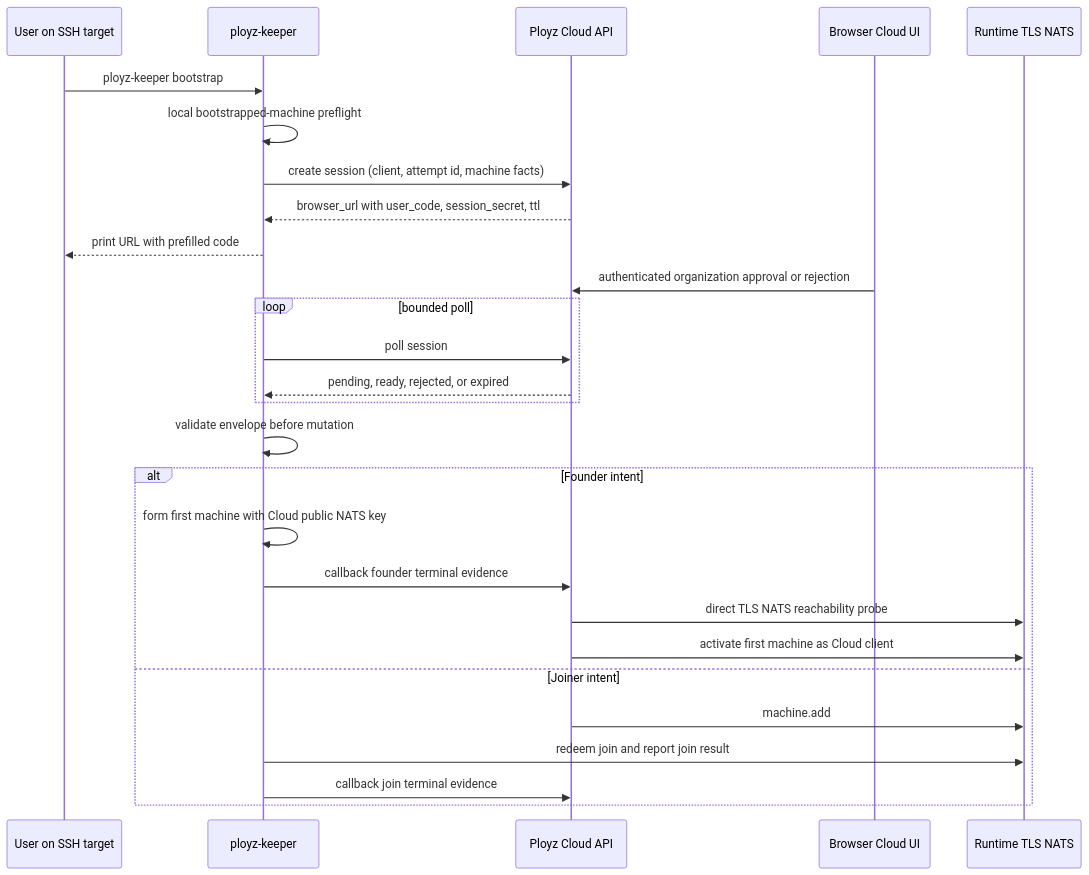
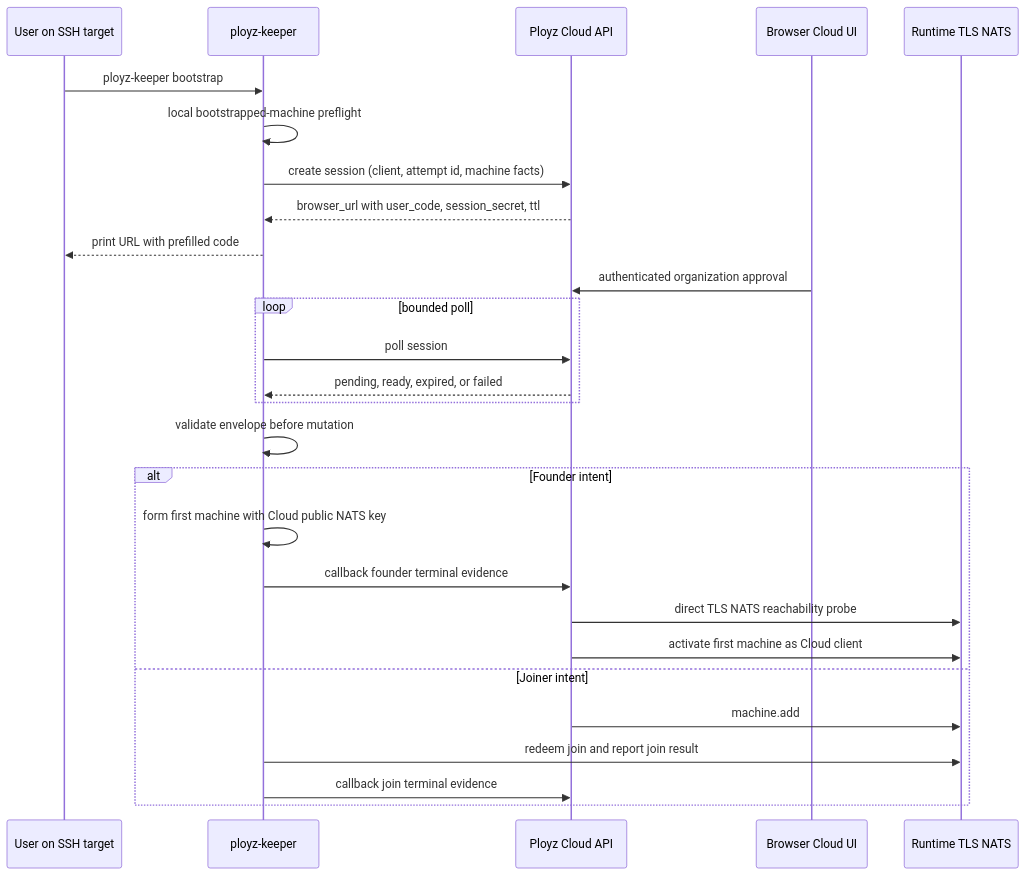
The second of 3 diagrams in docs/plans/2026-06-26-002-feat-cross-repo-cloud-bootstrap-full-functionality-plan.md (getployz/ployz), drawn with Mermaid before and after one commit. The commit also changed other lines of this file and 101 other files, not shown here.

````diff
--- a/docs/plans/2026-06-26-002-feat-cross-repo-cloud-bootstrap-full-functionality-plan.md
+++ b/docs/plans/2026-06-26-002-feat-cross-repo-cloud-bootstrap-full-functionality-plan.md
@@ -436,30 +375,30 @@
 ```mermaid
 sequenceDiagram
   participant U as User on SSH target
   participant K as ployz-keeper
   participant C as Ployz Cloud API
   participant B as Browser Cloud UI
   participant N as Runtime TLS NATS
 
   U->>K: ployz-keeper bootstrap
   K->>K: local bootstrapped-machine preflight
   K->>C: create session (client, attempt id, machine facts)
   C-->>K: browser_url with user_code, session_secret, ttl
   K-->>U: print URL with prefilled code
-  B->>C: authenticated organization approval or rejection
+  B->>C: authenticated organization approval
   loop bounded poll
     K->>C: poll session
-    C-->>K: pending, ready, rejected, or expired
+    C-->>K: pending, ready, expired, or failed
   end
   K->>K: validate envelope before mutation
   alt Founder intent
     K->>K: form first machine with Cloud public NATS key
     K->>C: callback founder terminal evidence
     C->>N: direct TLS NATS reachability probe
     C->>N: activate first machine as Cloud client
   else Joiner intent
     C->>N: machine.add
     K->>N: redeem join and report join result
     K->>C: callback join terminal evidence
   end
 ```
````
